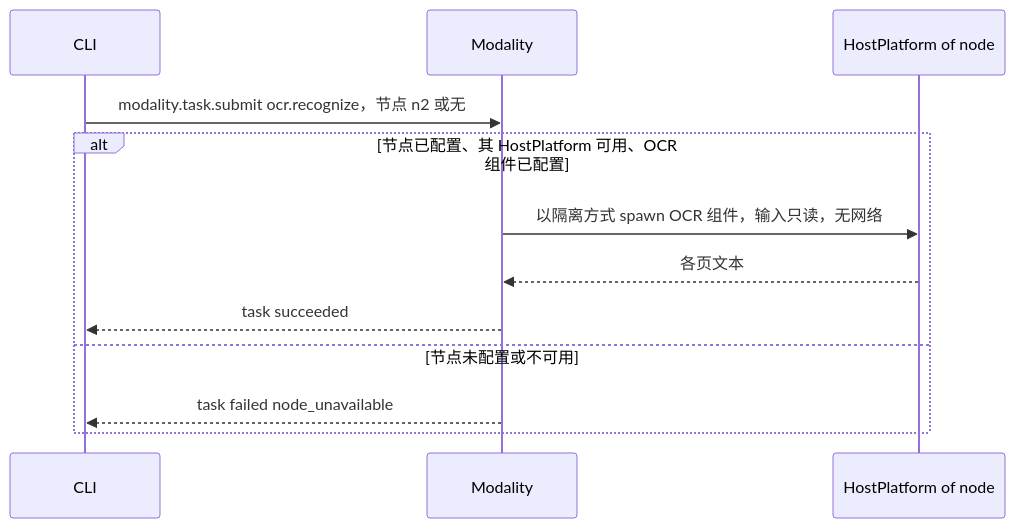
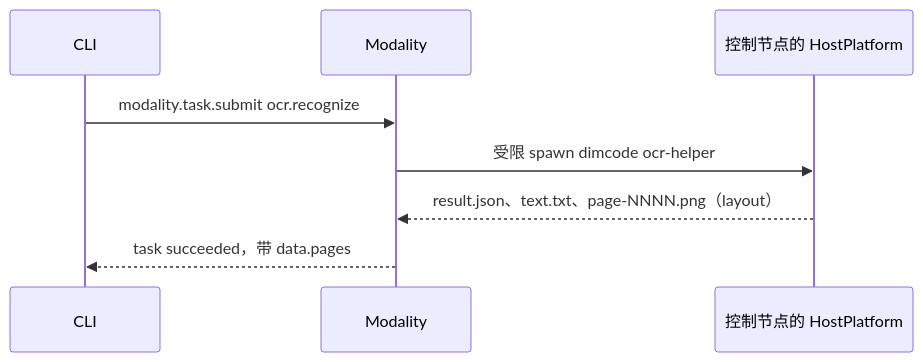
Before and after one commit to CoutinhoTTS/dim-agent: the fourth of 6 diagrams in docs/zh/design/plugins/Modality.md, drawn with Mermaid. The commit also changed other lines of this file and 2 other files, not shown here.

First line of the commit message:
docs(modality): replace the OCR component with host-owned targets

````diff
--- a/docs/zh/design/plugins/Modality.md
+++ b/docs/zh/design/plugins/Modality.md
@@ -123,14 +123,10 @@
 ```mermaid
 sequenceDiagram
   participant C as CLI
   participant D as Modality
-  participant H as HostPlatform of node
-  C->>D: modality.task.submit ocr.recognize，节点 n2 或无
-  alt 节点已配置、其 HostPlatform 可用、OCR 组件已配置
-    D->>H: 以隔离方式 spawn OCR 组件，输入只读，无网络
-    H-->>D: 各页文本
-    D-->>C: task succeeded
-  else 节点未配置或不可用
-    D-->>C: task failed node_unavailable
-  end
+  participant H as 控制节点的 HostPlatform
+  C->>D: modality.task.submit ocr.recognize
+  D->>H: 受限 spawn dimcode ocr-helper
+  H-->>D: result.json、text.txt、page-NNNN.png（layout）
+  D-->>C: task succeeded，带 data.pages
 ```
````
